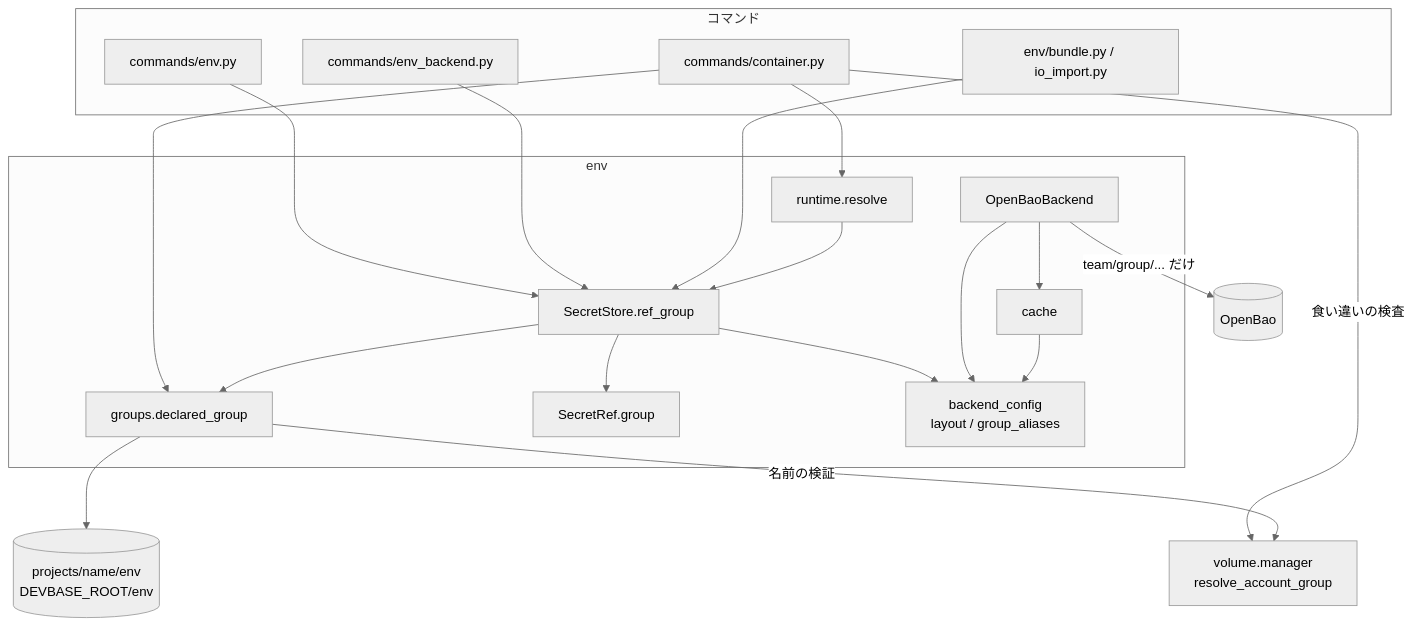
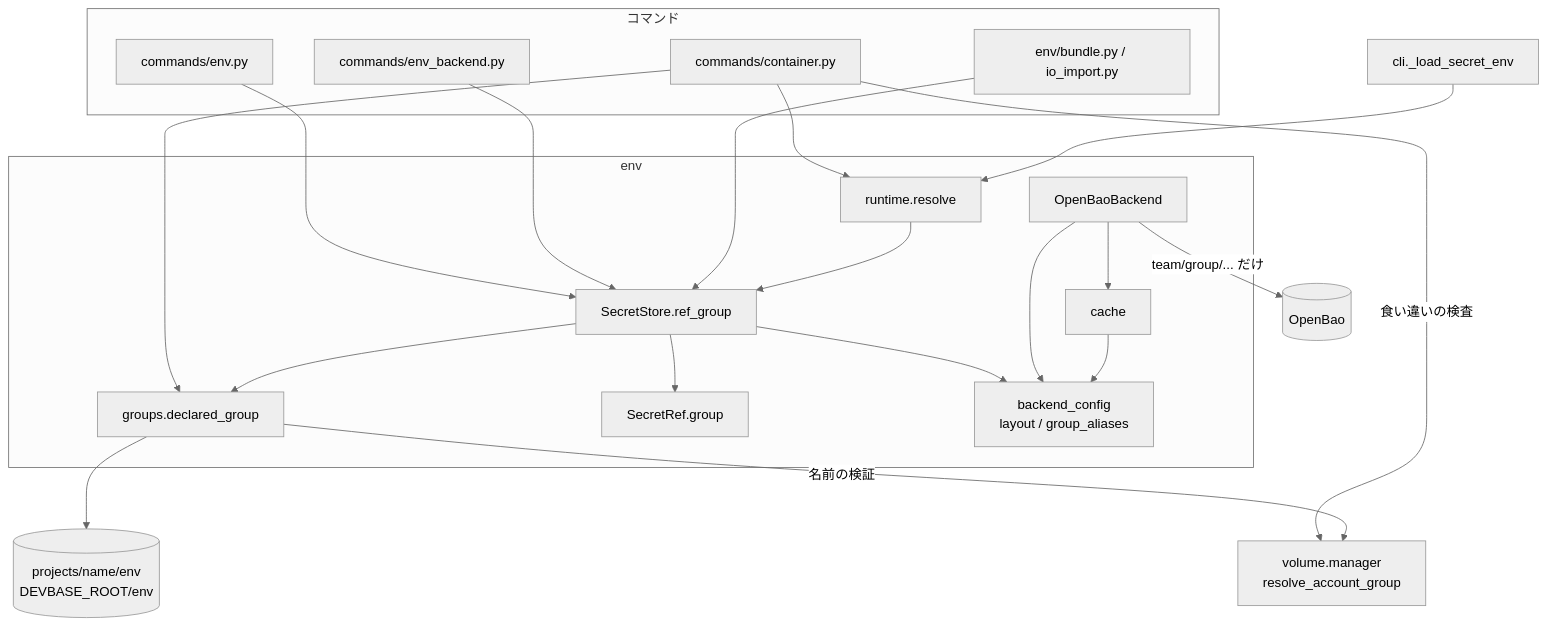
The first of 4 diagrams in issues/PLAN56_secret-group-paths-design.md (devbasex/devbase), drawn with Mermaid (neutral theme) before and after one commit. The commit also changed other lines of this file and 1 other file, not shown here.

````diff
--- a/issues/PLAN56_secret-group-paths-design.md
+++ b/issues/PLAN56_secret-group-paths-design.md
@@ -65,37 +66,38 @@
 ```mermaid
 graph TD
     subgraph cmd [コマンド]
         ENV[commands/env.py]
         EB[commands/env_backend.py]
         CT[commands/container.py]
         BUN[env/bundle.py / io_import.py]
     end
     subgraph env [env]
         GR[groups.declared_group]
         RT[runtime.resolve]
         ST[SecretStore.ref_group]
         REF[SecretRef.group]
         CFG[backend_config<br/>layout / group_aliases]
         OB[OpenBaoBackend]
         CA[cache]
     end
     VOL[volume.manager<br/>resolve_account_group]
     FILES[(projects/name/env<br/>DEVBASE_ROOT/env)]
     SRV[(OpenBao)]
     ENV --> ST
     EB --> ST
     BUN --> ST
     CT --> RT
+    CLI[cli._load_secret_env] --> RT
     CT -->|食い違いの検査| VOL
     CT --> GR
     RT --> ST
     ST --> CFG
     ST --> GR
     GR --> FILES
     GR -->|名前の検証| VOL
     ST --> REF
     OB --> CFG
     OB --> CA
     CA --> CFG
     OB -->|team/group/... だけ| SRV
 ```
````
